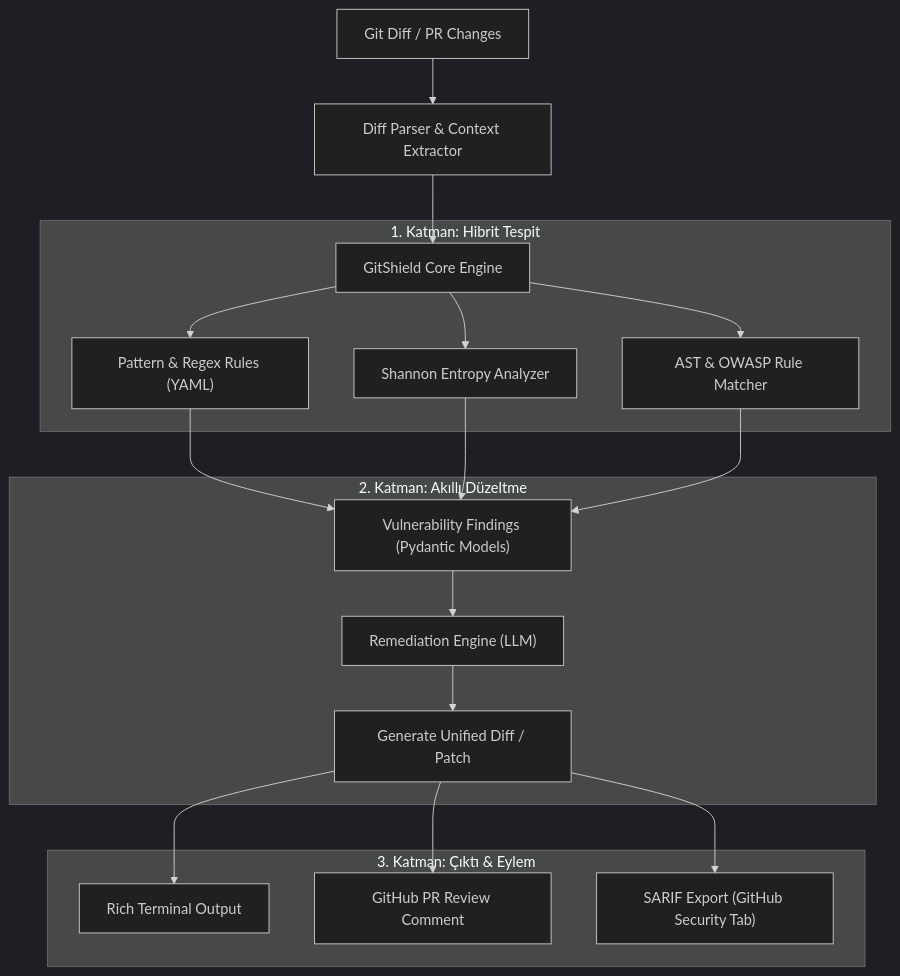
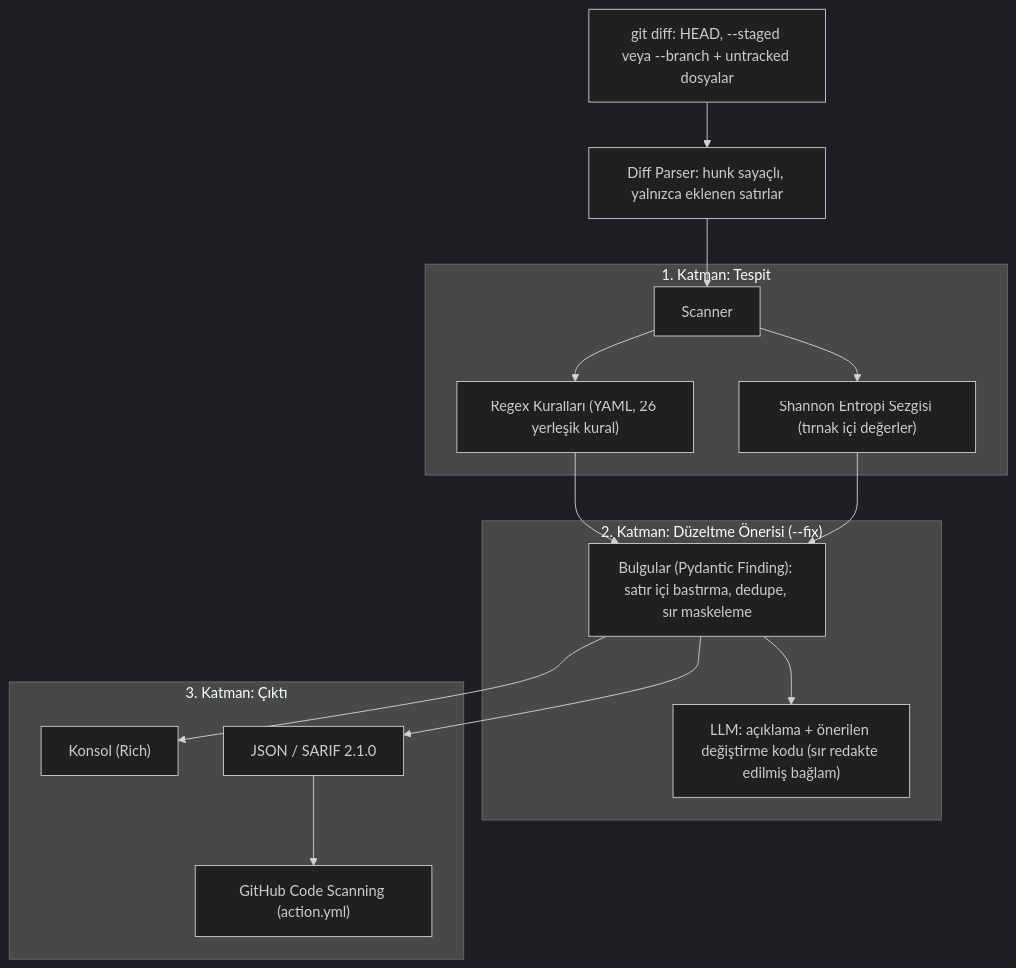
Before and after one commit to AlperEnesErsu/GitShield: the diagram in README.md, drawn with Mermaid (dark theme). The commit also changed other lines of this file and 60 other files, not shown here.

````diff
--- a/README.md
+++ b/README.md
@@ -28,24 +28,22 @@
 ```mermaid
 flowchart TD
-    A["Git Diff / PR Changes"] --> B["Diff Parser & Context Extractor"]
-    B --> C["GitShield Core Engine"]
-    
-    subgraph Detection ["1. Katman: Hibrit Tespit"]
-        C --> D["Pattern & Regex Rules (YAML)"]
-        C --> E["Shannon Entropy Analyzer"]
-        C --> F["AST & OWASP Rule Matcher"]
+    A["git diff: HEAD, --staged veya --branch + untracked dosyalar"] --> B["Diff Parser: hunk sayaçlı, yalnızca eklenen satırlar"]
+    B --> C["Scanner"]
+
+    subgraph Detection ["1. Katman: Tespit"]
+        C --> D["Regex Kuralları (YAML, 26 yerleşik kural)"]
+        C --> E["Shannon Entropi Sezgisi (tırnak içi değerler)"]
     end
-    
-    D & E & F --> G["Vulnerability Findings (Pydantic Models)"]
-    
-    subgraph AI_Engine ["2. Katman: Akıllı Düzeltme"]
-        G --> H["Remediation Engine (LLM)"]
-        H --> I["Generate Unified Diff / Patch"]
+
+    D & E --> F["Bulgular (Pydantic Finding): satır içi bastırma, dedupe, sır maskeleme"]
+
+    subgraph AI_Engine ["2. Katman: Düzeltme Önerisi (--fix)"]
+        F --> G["LLM: açıklama + önerilen değiştirme kodu (sır redakte edilmiş bağlam)"]
     end
-    
-    subgraph Reporters ["3. Katman: Çıktı & Eylem"]
-        I --> J["Rich Terminal Output"]
-        I --> K["GitHub PR Review Comment"]
-        I --> L["SARIF Export (GitHub Security Tab)"]
+
+    subgraph Reporters ["3. Katman: Çıktı"]
+        F --> H["Konsol (Rich)"]
+        F --> I["JSON / SARIF 2.1.0"]
+        I --> J["GitHub Code Scanning (action.yml)"]
     end
 ```
````
